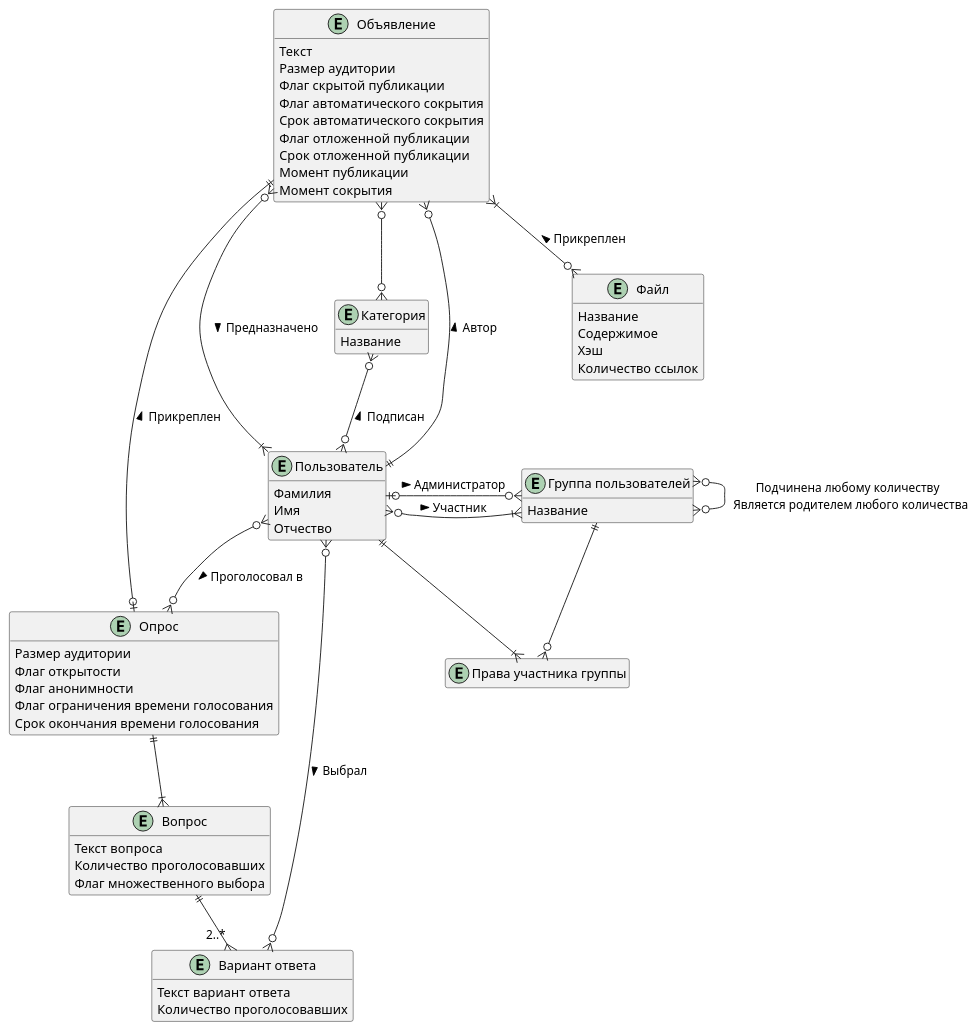
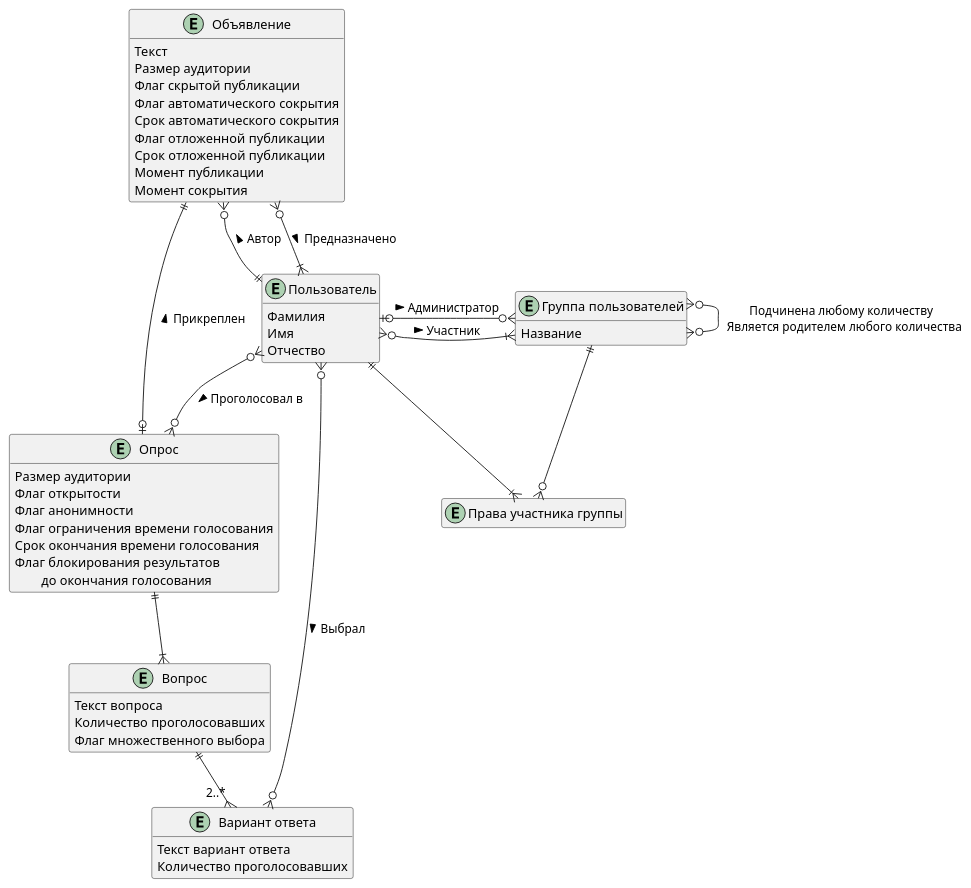
Before and after one commit to astu-app/ASTU-Bulletin-Board-Server: the diagram in doc/диаграммы/сущность-связь.puml, drawn with PlantUML. The commit also changed 1 other file, not shown here.

Commit message:
удалил категории объявлений и файлы, а также почти все логи - кроме логов объявлений, — и архивную схему

```diff
--- a/doc/диаграммы/сущность-связь.puml
+++ b/doc/диаграммы/сущность-связь.puml
@@ -1,78 +1,65 @@
 @startuml
 'https://plantuml.com/class-diagram
 
 hide methods
 
 entity "Пользователь" as user {
     Фамилия
     Имя
     Отчество
 }
 
 entity "Объявление" as announcement { 
     Текст
     Размер аудитории
     Флаг скрытой публикации
     Флаг автоматического сокрытия
     Срок автоматического сокрытия
     Флаг отложенной публикации
     Срок отложенной публикации
     Момент публикации
     Момент сокрытия
 }
 announcement }o--|| user : < Автор
 announcement }o--|{ user : > Предназначено
 
-entity "Категория" as category {
-    Название
-}
-announcement }o--o{ category
-user }o-up-o{ category : > Подписан
-
-entity "Файл" as attachedFile { 
-    Название
-    Содержимое
-    Хэш
-    Количество ссылок
-}
-announcement }|--o{ attachedFile : < Прикреплен
-
 entity "Опрос" as survey {
     Размер аудитории
     Флаг открытости
     Флаг анонимности
     Флаг ограничения времени голосования
     Срок окончания времени голосования
+    Флаг блокирования результатов\n        до окончания голосования
 }
 announcement ||--o| survey : < Прикреплен
 user }o--o{ survey : > Проголосовал в
 
 entity "Вопрос" as question {
     Текст вопроса
     Количество проголосовавших
     Флаг множественного выбора
 }
 survey ||--|{ question
 
 entity "Вариант ответа" as answer {
     Текст вариант ответа
     Количество проголосовавших
 }
 question ||--{ "2..*" answer
 user }o--o{ answer : > Выбрал
 
 entity "Группа пользователей" as userGroup { 
     Название
 }
 user }o--|{ userGroup : > Участник
 user |o-right-o{ userGroup : > Администратор
 userGroup }o--o{ userGroup : Подчинена любому количеству \n Является родителем любого количества
 
 entity "Права участника группы" as memberRights {}
 hide memberRights members
 user ||--|{ memberRights
 userGroup ||--o{ memberRights
 
 
 
 @enduml
```
